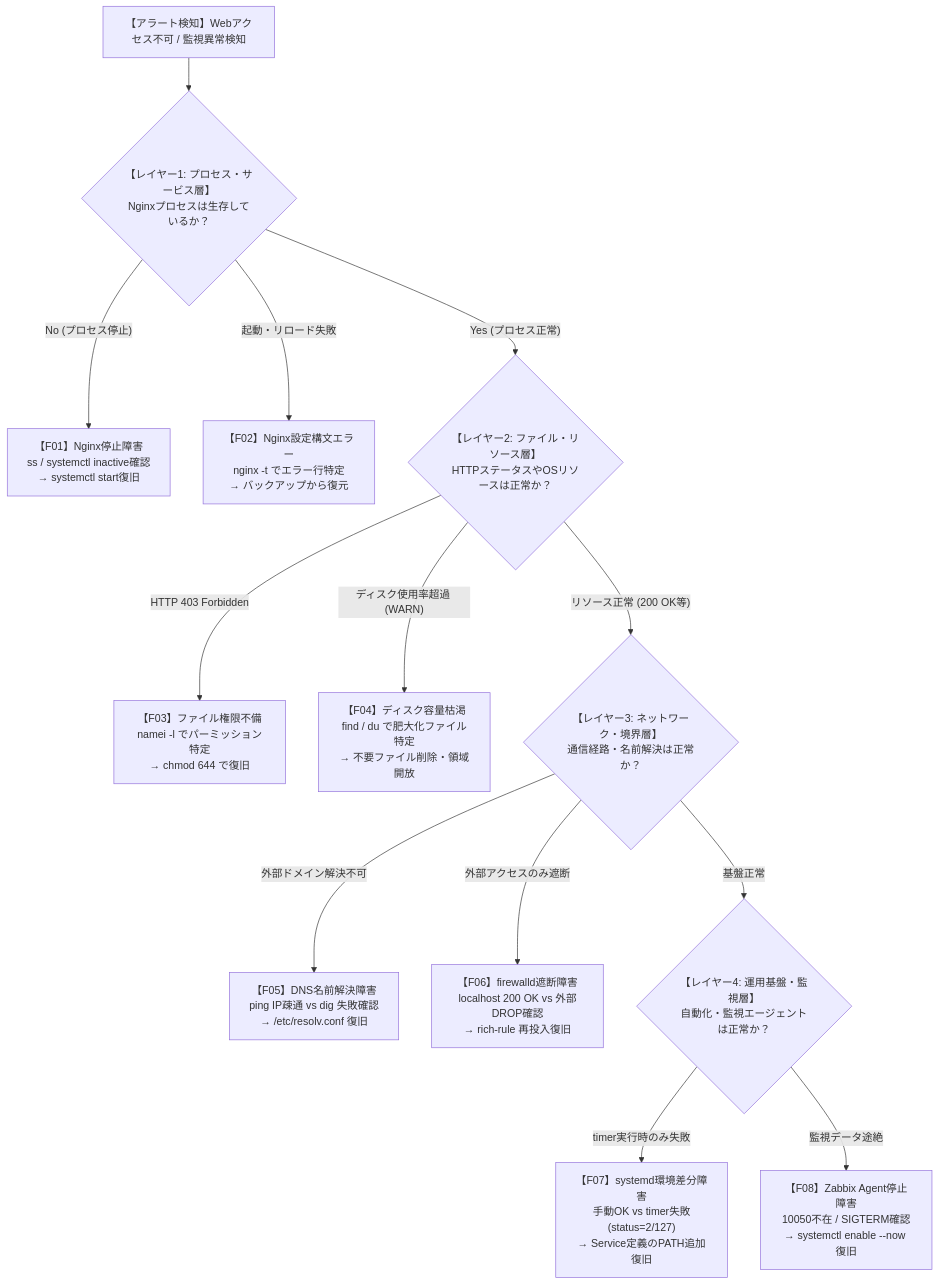
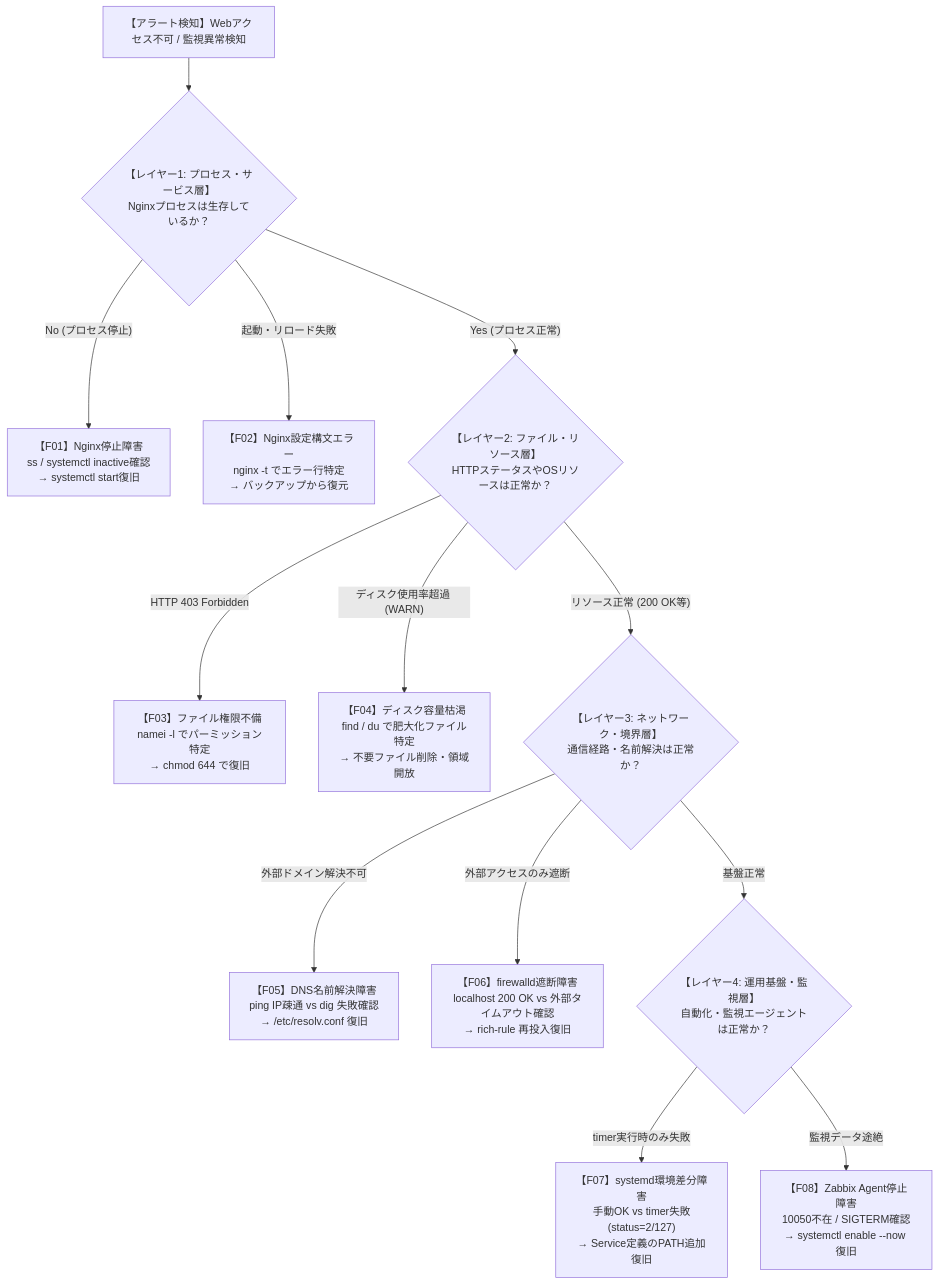
One commit to tsdeportfolio/aws-linux-hybrid-portfolio changed the second of 2 diagrams in README.md. Above: the diagram before and after it, drawn with Mermaid. The commit also changed other lines of this file and 12 other files, not shown here.

````diff
--- a/README.md
+++ b/README.md
@@ -591,22 +617,22 @@
 ```mermaid
 graph TD
     Alert["【アラート検知】Webアクセス不可 / 監視異常検知"] --> L1{"【レイヤー1: プロセス・サービス層】<br>Nginxプロセスは生存しているか？"}
     
     L1 -- "No (プロセス停止)" --> F01["【F01】Nginx停止障害<br>ss / systemctl inactive確認<br>→ systemctl start復旧"]
     L1 -- "起動・リロード失敗" --> F02["【F02】Nginx設定構文エラー<br>nginx -t でエラー行特定<br>→ バックアップから復元"]
     
     L1 -- "Yes (プロセス正常)" --> L2{"【レイヤー2: ファイル・リソース層】<br>HTTPステータスやOSリソースは正常か？"}
     
     L2 -- "HTTP 403 Forbidden" --> F03["【F03】ファイル権限不備<br>namei -l でパーミッション特定<br>→ chmod 644 で復旧"]
     L2 -- "ディスク使用率超過 (WARN)" --> F04["【F04】ディスク容量枯渇<br>find / du で肥大化ファイル特定<br>→ 不要ファイル削除・領域開放"]
     
     L2 -- "リソース正常 (200 OK等)" --> L3{"【レイヤー3: ネットワーク・境界層】<br>通信経路・名前解決は正常か？"}
     
     L3 -- "外部ドメイン解決不可" --> F05["【F05】DNS名前解決障害<br>ping IP疎通 vs dig 失敗確認<br>→ /etc/resolv.conf 復旧"]
-    L3 -- "外部アクセスのみ遮断" --> F06["【F06】firewalld遮断障害<br>localhost 200 OK vs 外部DROP確認<br>→ rich-rule 再投入復旧"]
+    L3 -- "外部アクセスのみ遮断" --> F06["【F06】firewalld遮断障害<br>localhost 200 OK vs 外部タイムアウト確認<br>→ rich-rule 再投入復旧"]
     
     L3 -- "基盤正常" --> L4{"【レイヤー4: 運用基盤・監視層】<br>自動化・監視エージェントは正常か？"}
     
     L4 -- "timer実行時のみ失敗" --> F07["【F07】systemd環境差分障害<br>手動OK vs timer失敗(status=2/127)<br>→ Service定義のPATH追加復旧"]
     L4 -- "監視データ途絶" --> F08["【F08】Zabbix Agent停止障害<br>10050不在 / SIGTERM確認<br>→ systemctl enable --now 復旧"]
 ```
````
